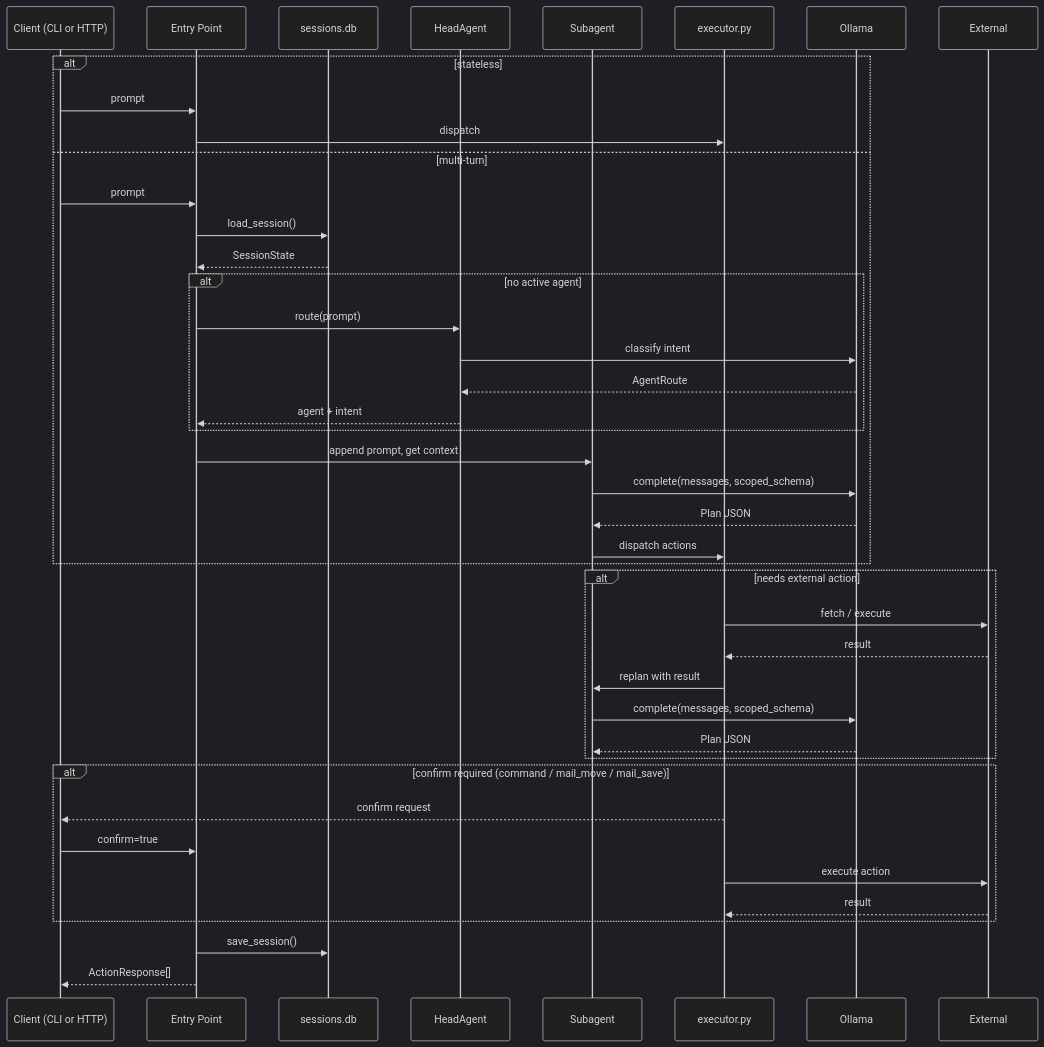
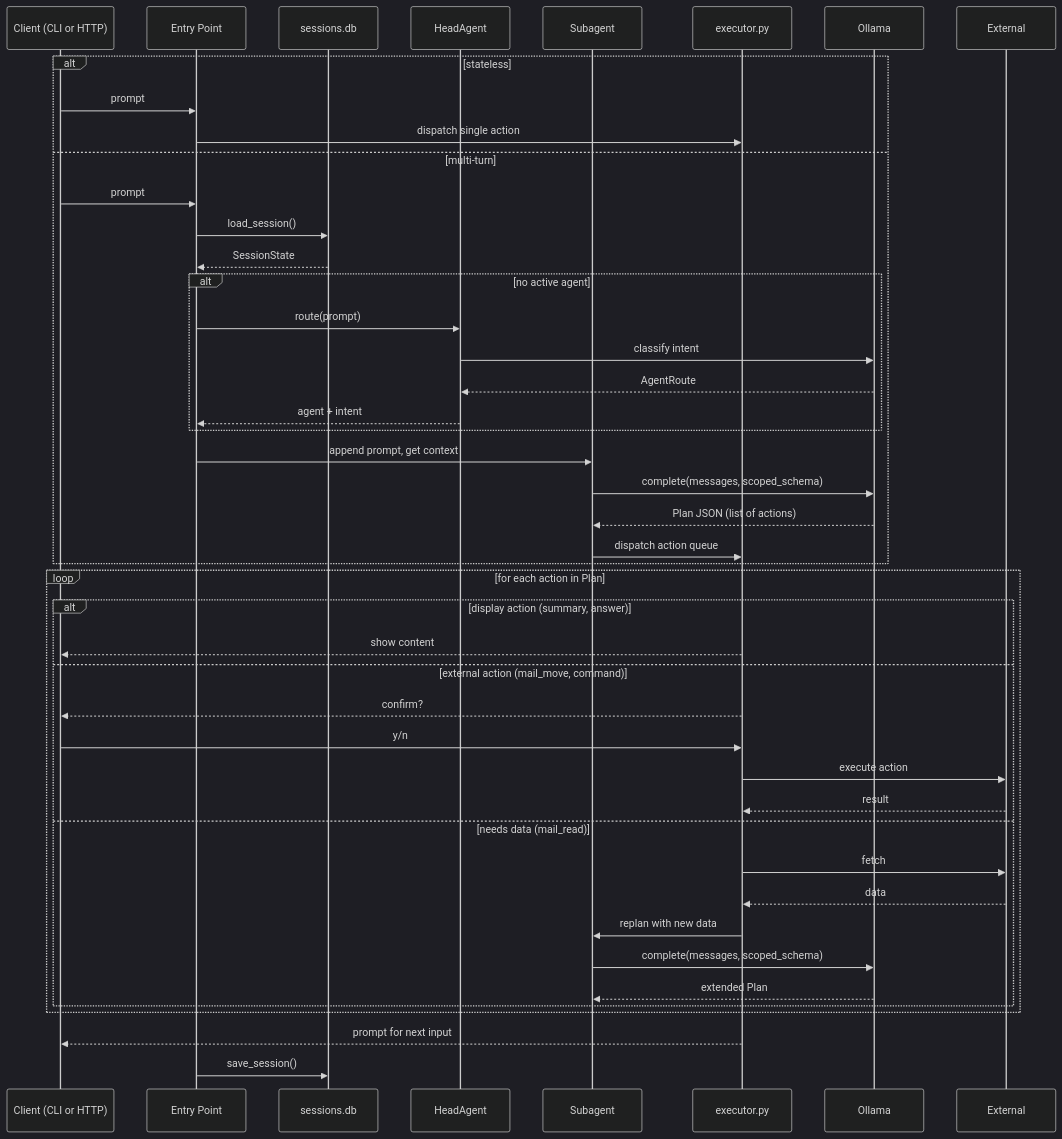
Before and after one commit to ajpeders/MyAgent: the second of 2 diagrams in ARCHITECTURE.md, drawn with Mermaid (dark theme). The commit also changed other lines of this file and 76 other files, not shown here.

````diff
--- a/ARCHITECTURE.md
+++ b/ARCHITECTURE.md
@@ -73,50 +84,52 @@
 ```mermaid
 sequenceDiagram
     participant Client as Client (CLI or HTTP)
     participant Entry as Entry Point
     participant Store as sessions.db
     participant Head as HeadAgent
     participant Agent as Subagent
     participant Exec as executor.py
     participant LLM as Ollama
     participant Ext as External
 
     alt stateless
         Client->>Entry: prompt
-        Entry->>Exec: dispatch
+        Entry->>Exec: dispatch single action
     else multi-turn
         Client->>Entry: prompt
         Entry->>Store: load_session()
         Store-->>Entry: SessionState
 
         alt no active agent
             Entry->>Head: route(prompt)
             Head->>LLM: classify intent
             LLM-->>Head: AgentRoute
             Head-->>Entry: agent + intent
         end
 
         Entry->>Agent: append prompt, get context
         Agent->>LLM: complete(messages, scoped_schema)
-        LLM-->>Agent: Plan JSON
-        Agent->>Exec: dispatch actions
+        LLM-->>Agent: Plan JSON (list of actions)
+        Agent->>Exec: dispatch action queue
     end
 
-    alt needs external action
-        Exec->>Ext: fetch / execute
-        Ext-->>Exec: result
-        Exec->>Agent: replan with result
-        Agent->>LLM: complete(messages, scoped_schema)
-        LLM-->>Agent: Plan JSON
+    loop for each action in Plan
+        alt display action (summary, answer)
+            Exec-->>Client: show content
+        else external action (mail_move, command)
+            Exec-->>Client: confirm?
+            Client->>Exec: y/n
+            Exec->>Ext: execute action
+            Ext-->>Exec: result
+        else needs data (mail_read)
+            Exec->>Ext: fetch
+            Ext-->>Exec: data
+            Exec->>Agent: replan with new data
+            Agent->>LLM: complete(messages, scoped_schema)
+            LLM-->>Agent: extended Plan
+        end
     end
 
-    alt confirm required (command / mail_move / mail_save)
-        Exec-->>Client: confirm request
-        Client->>Entry: confirm=true
-        Exec->>Ext: execute action
-        Ext-->>Exec: result
-    end
-
+    Exec-->>Client: prompt for next input
     Entry->>Store: save_session()
-    Entry-->>Client: ActionResponse[]
 ```
````
